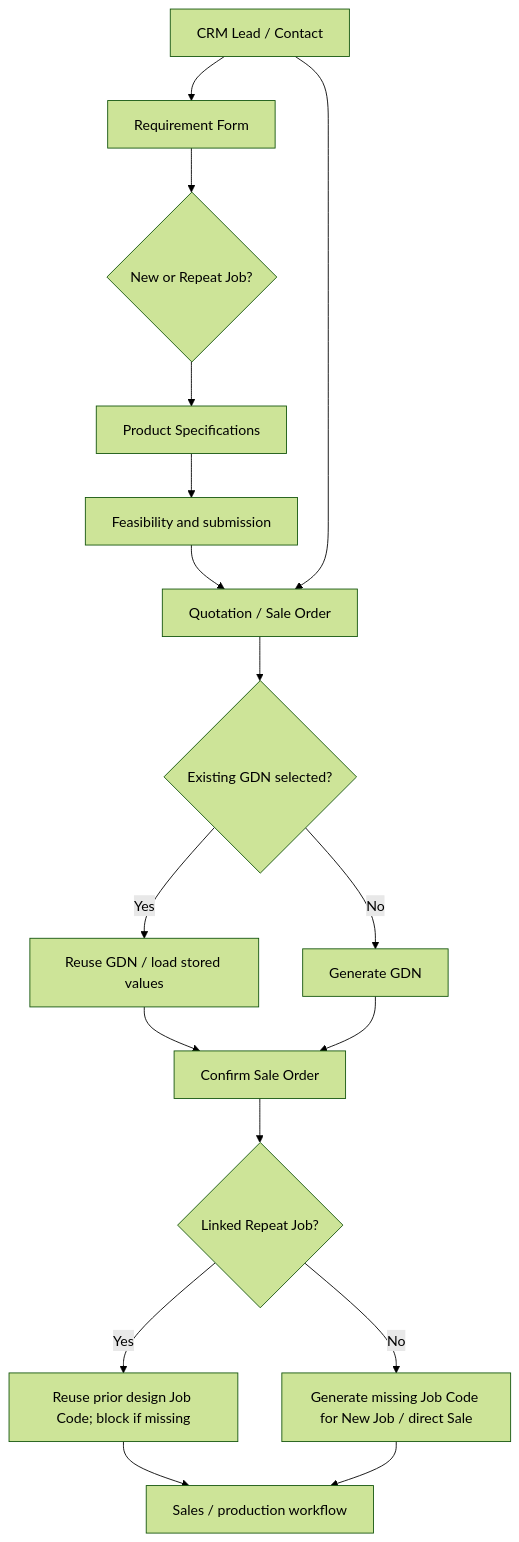
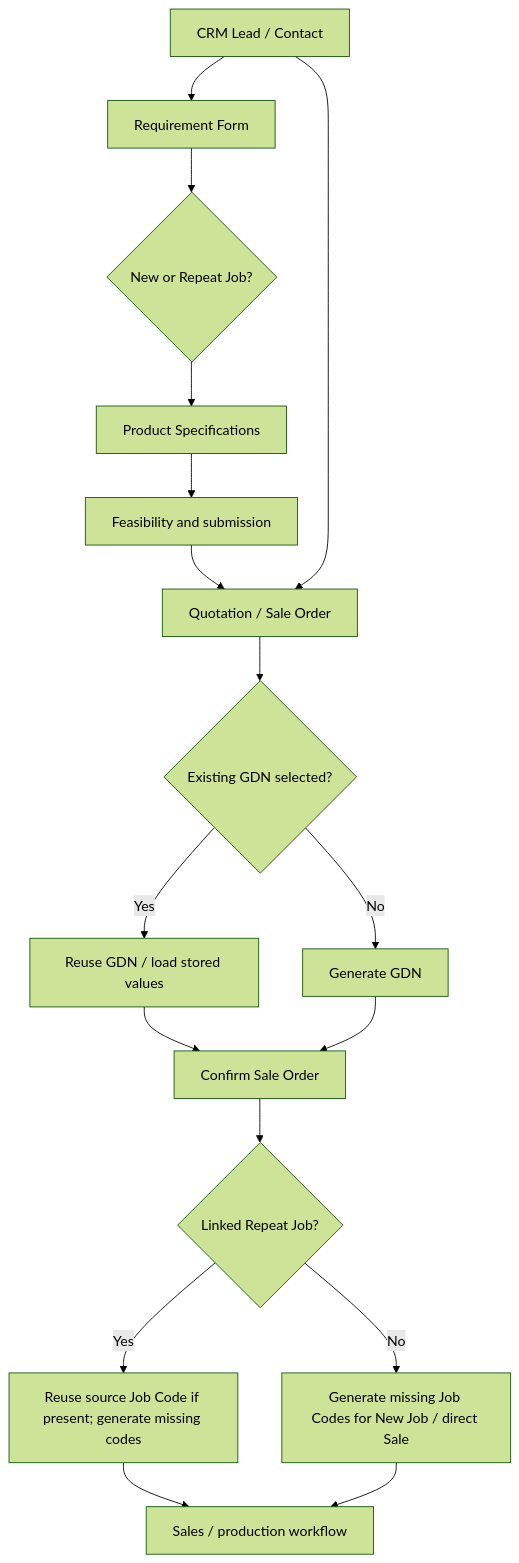
One commit to dev-lamia/custom19s changed the diagram in crm_requirement_form/README.md. Above: the diagram before and after it, drawn with Mermaid (forest theme). The commit also changed other lines of this file and 13 other files, not shown here.

````diff
--- a/crm_requirement_form/README.md
+++ b/crm_requirement_form/README.md
@@ -148,19 +148,19 @@
 ```mermaid
 flowchart TD
     A[CRM Lead / Contact] --> B[Requirement Form]
     B --> C{New or Repeat Job?}
     C --> D[Product Specifications]
     D --> E[Feasibility and submission]
     E --> F[Quotation / Sale Order]
     A --> F
     F --> G{Existing GDN selected?}
     G -->|Yes| H[Reuse GDN / load stored values]
     G -->|No| I[Generate GDN]
     H --> J[Confirm Sale Order]
     I --> J
     J --> K{Linked Repeat Job?}
-    K -->|Yes| M[Reuse prior design Job Code; block if missing]
-    K -->|No| N[Generate missing Job Code for New Job / direct Sale]
+    K -->|Yes| M[Reuse source Job Code if present; generate missing codes]
+    K -->|No| N[Generate missing Job Codes for New Job / direct Sale]
     M --> L[Sales / production workflow]
     N --> L
 ```
````
